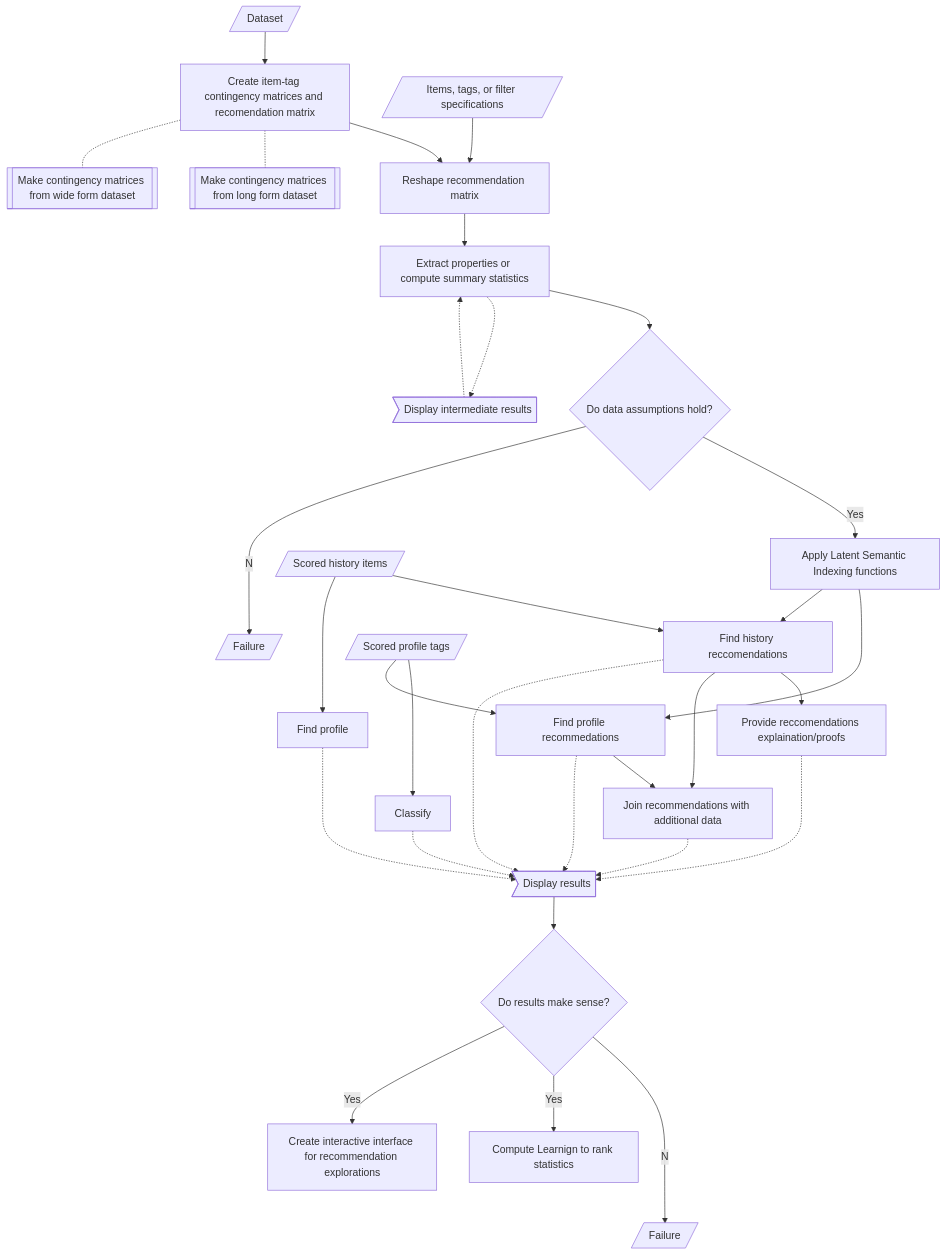
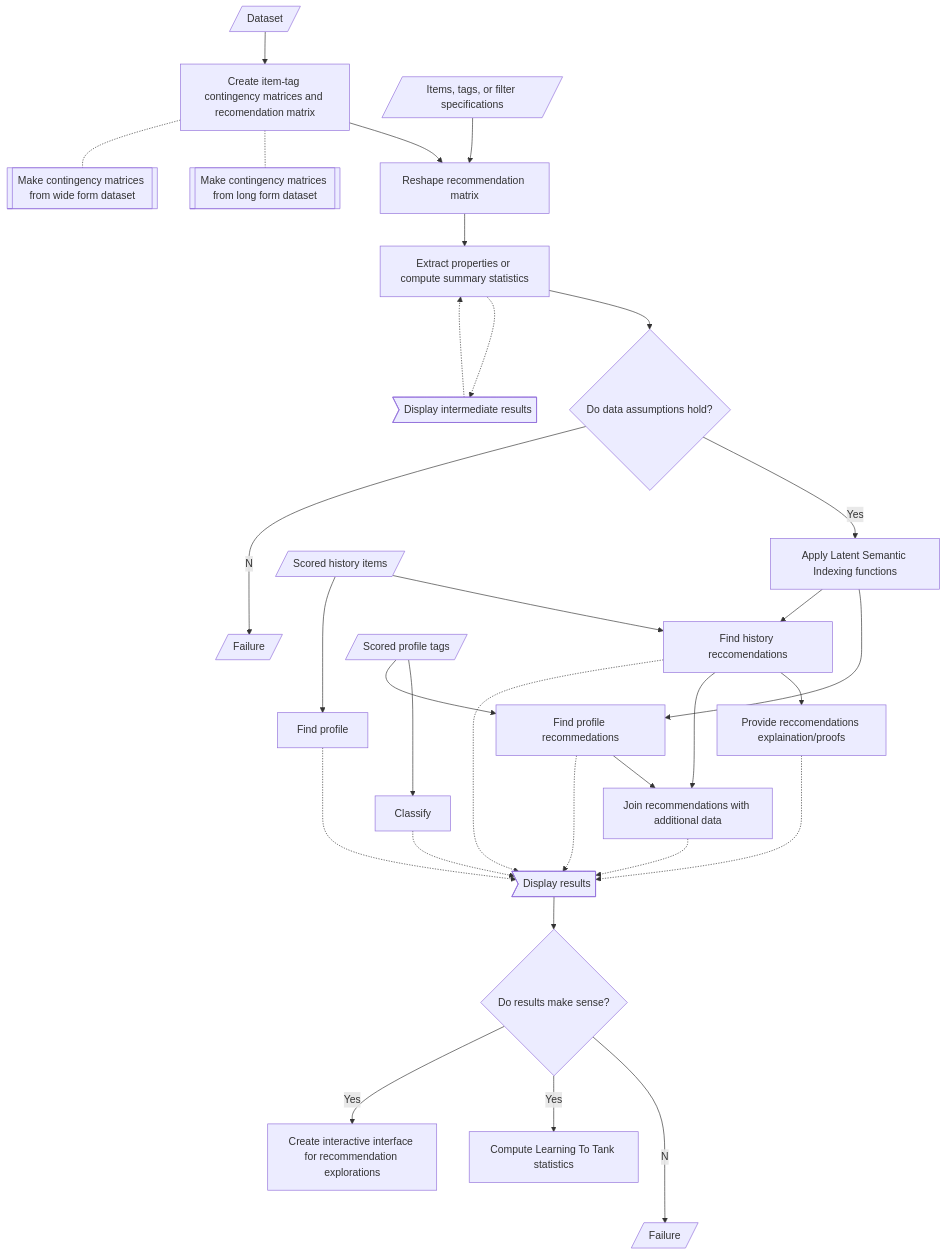
One commit to antononcube/SimplifiedMachineLearningWorkflows-book changed the fourth of 4 diagrams in Diagrams/MermaidJS-flowcharts.md. Above: the diagram before and after it, drawn with Mermaid. The commit also changed other lines of this file, not shown here.

````diff
--- a/Diagrams/MermaidJS-flowcharts.md
+++ b/Diagrams/MermaidJS-flowcharts.md
@@ -145,44 +149,44 @@
 ```mermaid
 graph TB
  a[/Dataset/]
  b[Create item-tag contingency matrices and recomendation matrix]
  b1[[Make contingency matrices from long form dataset]]
  b2[[Make contingency matrices from wide form dataset]]
  c[Reshape recommendation matrix]
  c1[/Items, tags, or filter specifications/]
  d[Extract properties or compute summary statistics]
  d1>Display intermediate results]
  e{Do data assumptions hold?}
  e1[/Failure/]
  f[Apply Latent Semantic Indexing functions]
  f1[Find history reccomendations]
  f2[Provide reccomendations explaination/proofs]
  f3[/Scored history items/]
  f4[Find profile]
  g[Find profile recommedations]
  g1[/Scored profile tags/]
  g2[Classify]
  h[Join recommendations with additional data]
  i>Display results]
  j{Do results make sense?}
  j1[/Failure/]
- j2[Compute Learnign to rank statistics]
+ j2[Compute Learning To Tank statistics]
  j3[Create interactive interface for recommendation explorations]
     a-->b-->c-->d-->e
     b-.-b1 & b2
     c1-->c
     d-.->d1
     d1-.->d
     e--Yes-->f-->g-->h
     e--No-->e1
     f-->f1-->f2
     f3-->f1 & f4
     f1--->h
     h-.->i
     i-->j
     j--No-->j1
     j--Yes-->j2 & j3
     g1-->g2-.->i
     g1-->g
     g & f1 & f2 & f4-..->i
 ```
````
